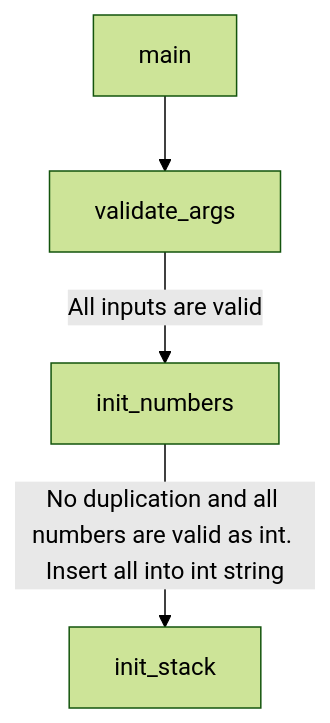
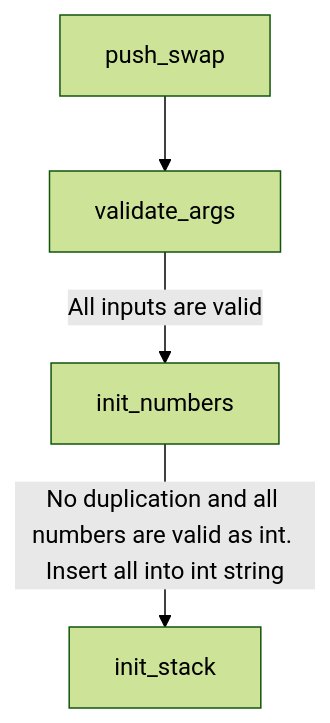
The diagram in README.md (itkimura/Push_swap_42), drawn with Mermaid (forest theme) before and after one commit.

````diff
--- a/README.md
+++ b/README.md
@@ -39,6 +39,6 @@
 ```mermaid
   graph TD;
-      main-->validate_args;
+      push_swap-->validate_args;
       validate_args-->|All inputs are valid|init_numbers;
       init_numbers-->|No duplication and all numbers are valid as int. Insert all into int string |init_stack;
 ```
````
